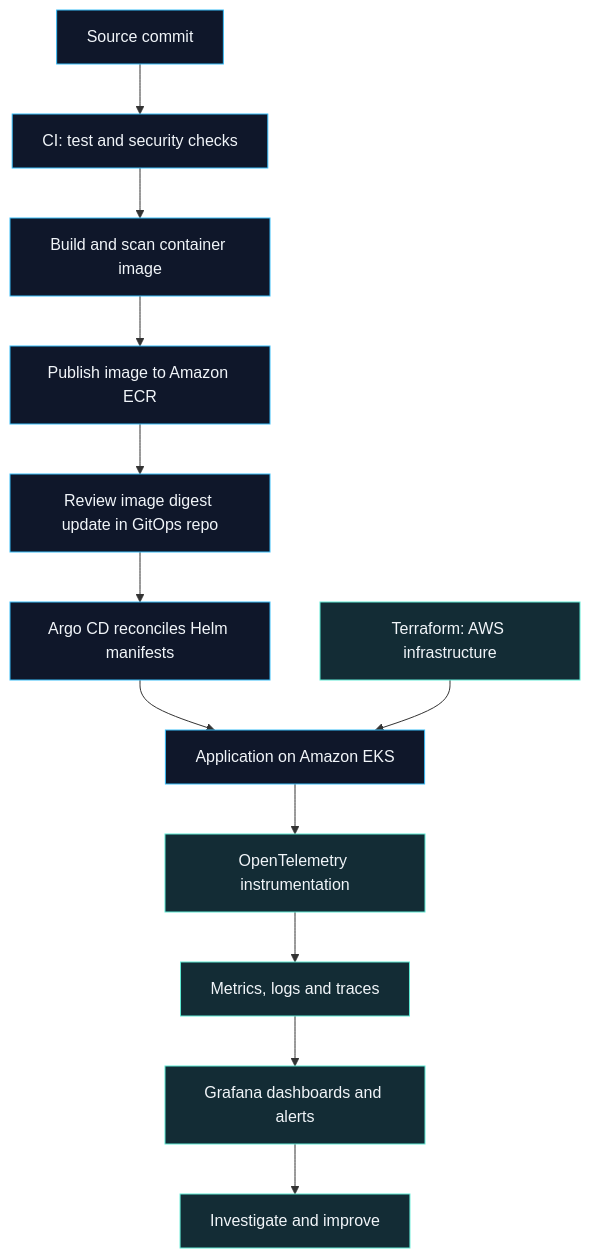
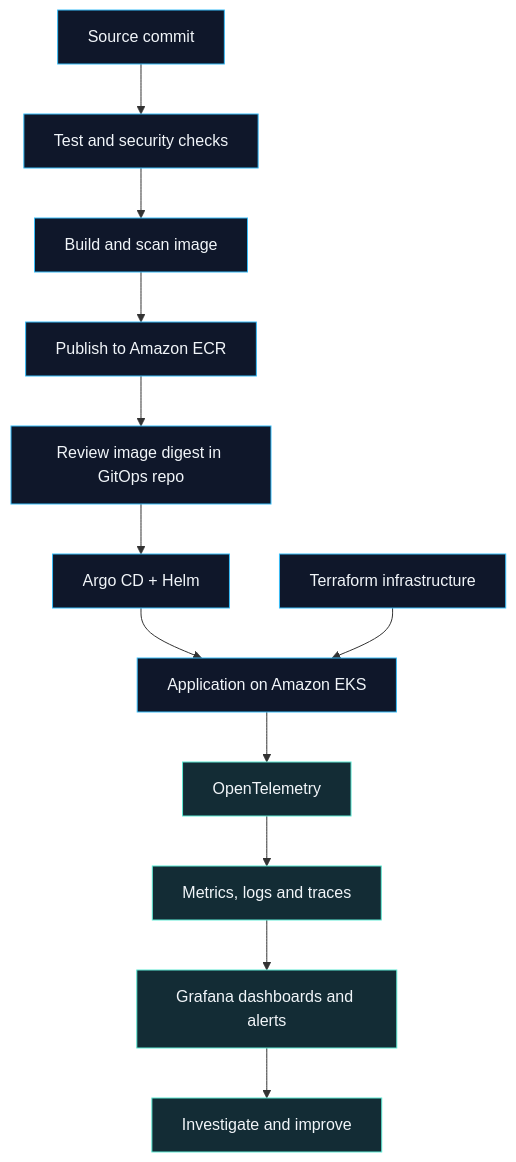
One commit to tiendat2712/tiendat2712 changed the diagram in README.md. Above: the diagram before and after it, drawn with Mermaid. The commit also changed other lines of this file, not shown here.

````diff
--- a/README.md
+++ b/README.md
@@ -94,19 +180,19 @@
-```mermaid
+~~~mermaid
 flowchart TD
-    A[Source commit] --> B[CI: test and security checks]
-    B --> C[Build and scan container image]
-    C --> D[Publish image to Amazon ECR]
-    D --> E[Review image digest update in GitOps repo]
-    E --> F[Argo CD reconciles Helm manifests]
+    A[Source commit] --> B[Test and security checks]
+    B --> C[Build and scan image]
+    C --> D[Publish to Amazon ECR]
+    D --> E[Review image digest in GitOps repo]
+    E --> F[Argo CD + Helm]
     F --> G[Application on Amazon EKS]
-    T[Terraform: AWS infrastructure] --> G
-    G --> H[OpenTelemetry instrumentation]
+    T[Terraform infrastructure] --> G
+    G --> H[OpenTelemetry]
     H --> I[Metrics, logs and traces]
     I --> J[Grafana dashboards and alerts]
     J --> K[Investigate and improve]
 
     classDef core fill:#0f172a,stroke:#38bdf8,color:#f1f5f9;
-    classDef support fill:#132c35,stroke:#5eead4,color:#f1f5f9;
-    class A,B,C,D,E,F,G core;
-    class T,H,I,J,K support;
-```
+    classDef telemetry fill:#132c35,stroke:#5eead4,color:#f1f5f9;
+    class A,B,C,D,E,F,G,T core;
+    class H,I,J,K telemetry;
+~~~
````
